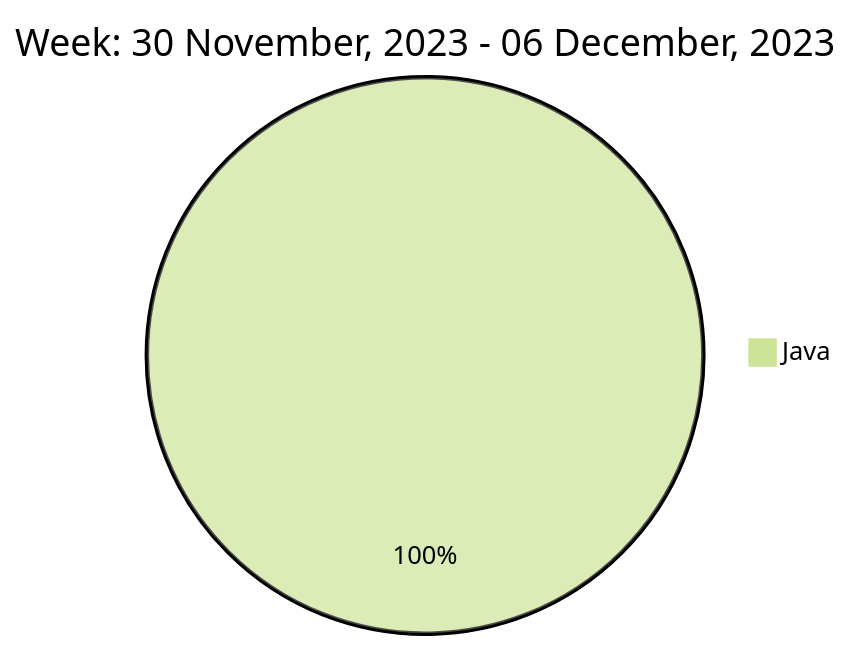
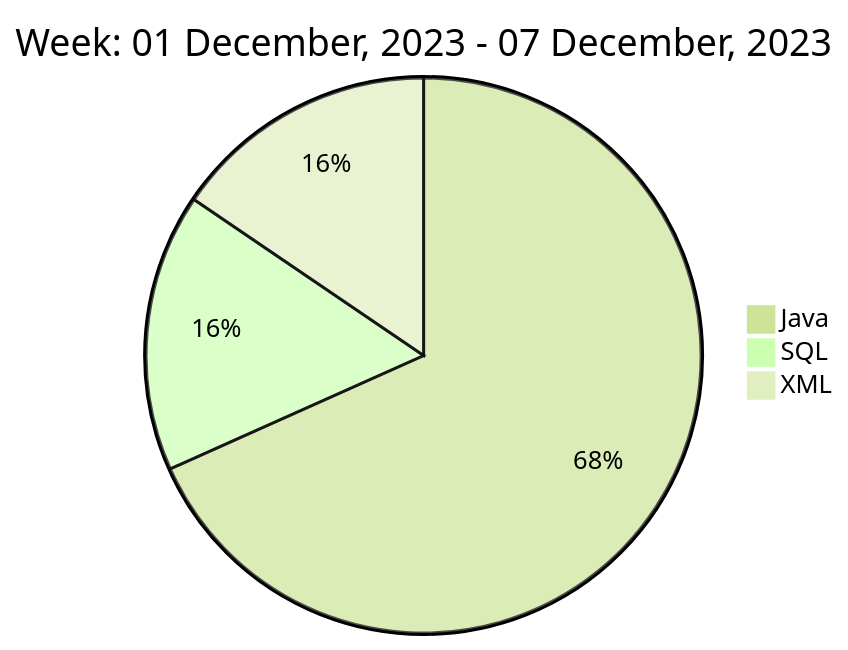
Before and after one commit to liubin95/liubin95: the diagram in README.md, drawn with Mermaid (forest theme).

Commit message:
Updated the Graph with new Metrics

````diff
--- a/README.md
+++ b/README.md
@@ -37,5 +37,7 @@
 ```mermaid
  pie
-title Week: 30 November, 2023 - 06 December, 2023
- "Java" : 9.33
+title Week: 01 December, 2023 - 07 December, 2023
+ "Java" : 7.93
+ "SQL" : 1.88
+ "XML" : 1.8
 ```
````
